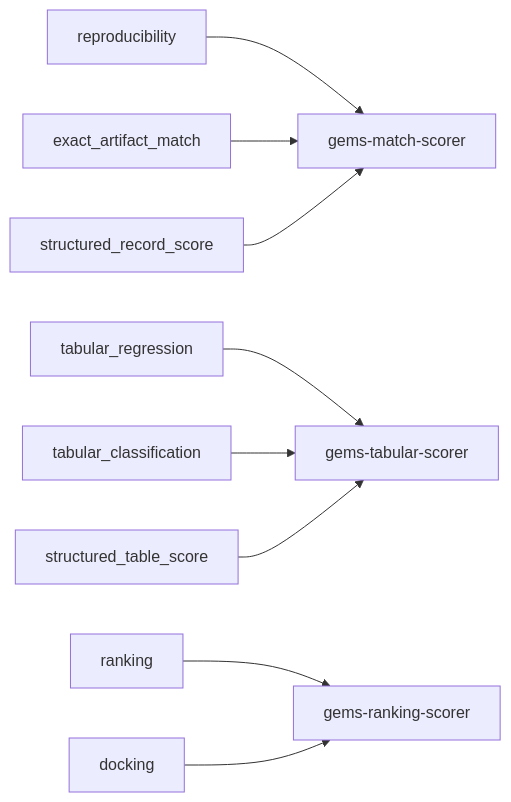
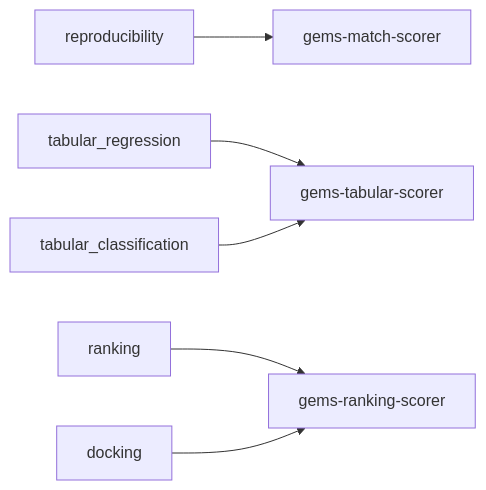
Before and after one commit to andymolecule/Agora: the third of 9 diagrams in docs/system-anatomy.md, drawn with Mermaid. The commit also changed other lines of this file and 81 other files, not shown here.

````diff
--- a/docs/system-anatomy.md
+++ b/docs/system-anatomy.md
@@ -195,13 +195,9 @@
 ```mermaid
 flowchart LR
     R1["reproducibility"] --> I1["gems-match-scorer"]
-    R2["exact_artifact_match"] --> I1
-    R3["structured_record_score"] --> I1
-
     T1["tabular_regression"] --> I2["gems-tabular-scorer"]
     T2["tabular_classification"] --> I2
-    T3["structured_table_score"] --> I2
 
     K1["ranking"] --> I3["gems-ranking-scorer"]
     K2["docking"] --> I3
 ```
````
